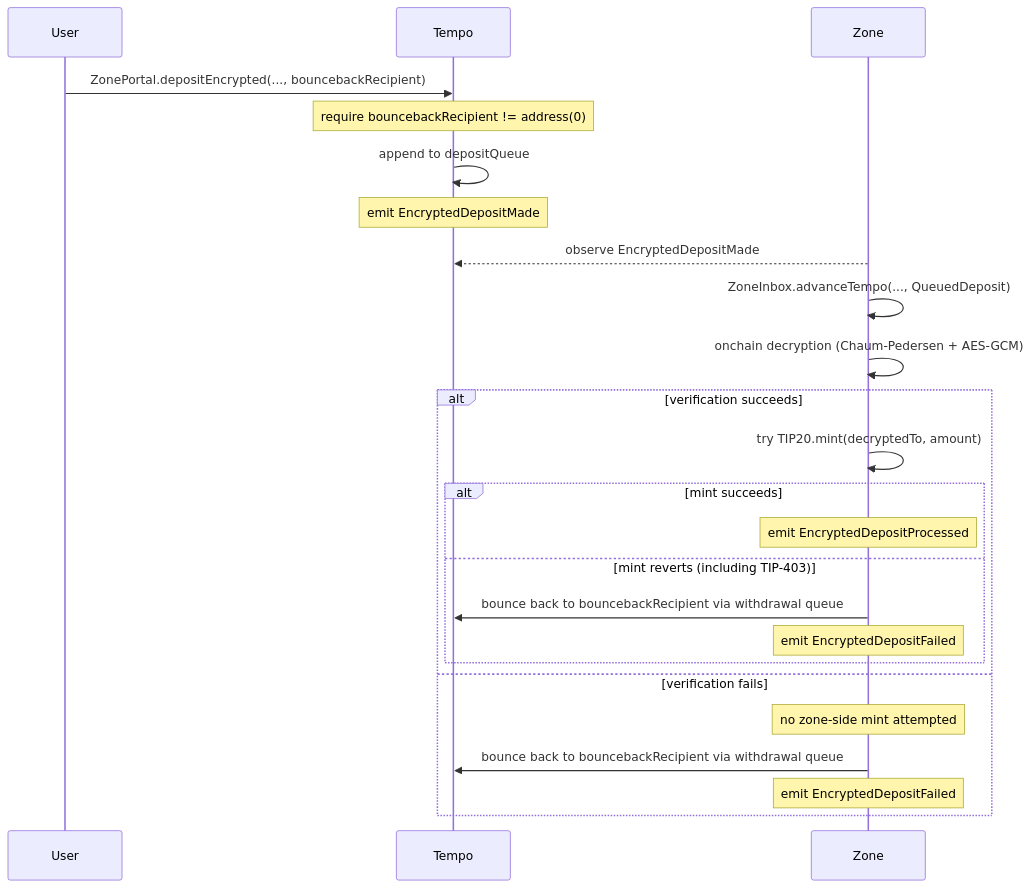
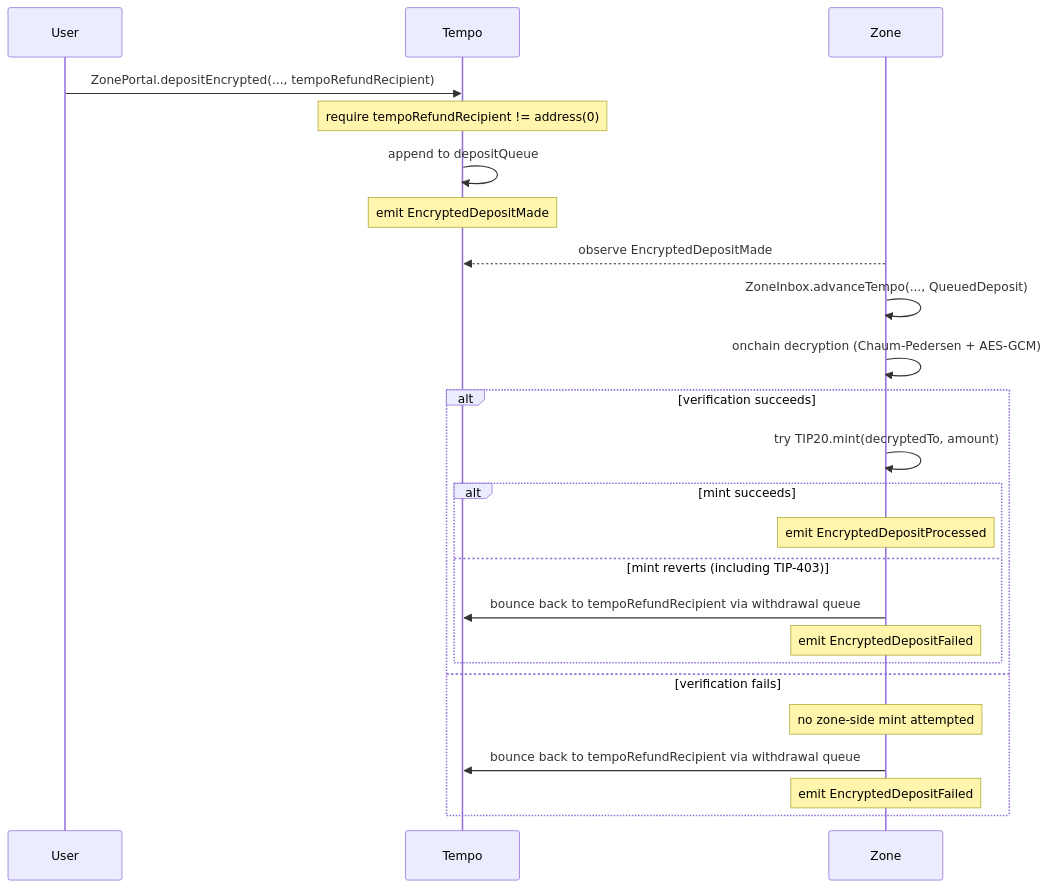
The third of 6 diagrams in specs/spec.md (Dustin4444/zones), drawn with Mermaid before and after one commit. The commit also changed other lines of this file and 35 other files, not shown here.

````diff
--- a/specs/spec.md
+++ b/specs/spec.md
@@ -477,27 +477,27 @@
 ```mermaid
 sequenceDiagram
     participant U as User
     participant T as Tempo
     participant Z as Zone
 
-    U->>T: ZonePortal.depositEncrypted(..., bouncebackRecipient)
-    Note over T: require bouncebackRecipient != address(0)
+    U->>T: ZonePortal.depositEncrypted(..., tempoRefundRecipient)
+    Note over T: require tempoRefundRecipient != address(0)
     T->>T: append to depositQueue
     Note over T: emit EncryptedDepositMade
     Z-->>T: observe EncryptedDepositMade
     Z->>Z: ZoneInbox.advanceTempo(..., QueuedDeposit)
     Z->>Z: onchain decryption (Chaum-Pedersen + AES-GCM)
     alt verification succeeds
         Z->>Z: try TIP20.mint(decryptedTo, amount)
         alt mint succeeds
             Note over Z: emit EncryptedDepositProcessed
         else mint reverts (including TIP-403)
-            Z->>T: bounce back to bouncebackRecipient via withdrawal queue
+            Z->>T: bounce back to tempoRefundRecipient via withdrawal queue
             Note over Z: emit EncryptedDepositFailed
         end
     else verification fails
         Note over Z: no zone-side mint attempted
-        Z->>T: bounce back to bouncebackRecipient via withdrawal queue
+        Z->>T: bounce back to tempoRefundRecipient via withdrawal queue
         Note over Z: emit EncryptedDepositFailed
     end
 ```
````
